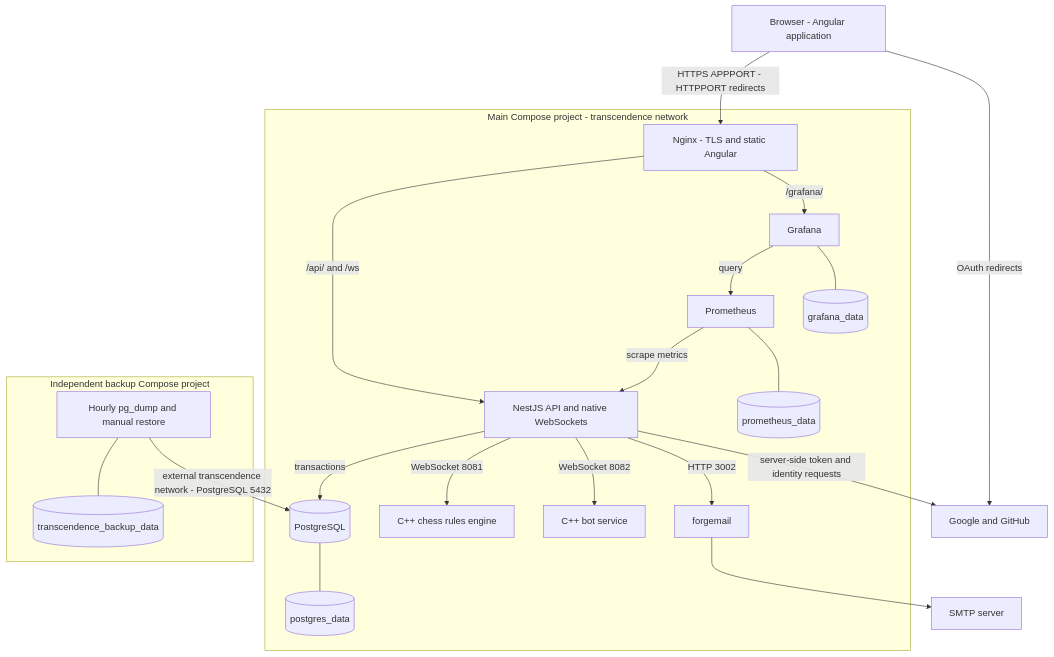
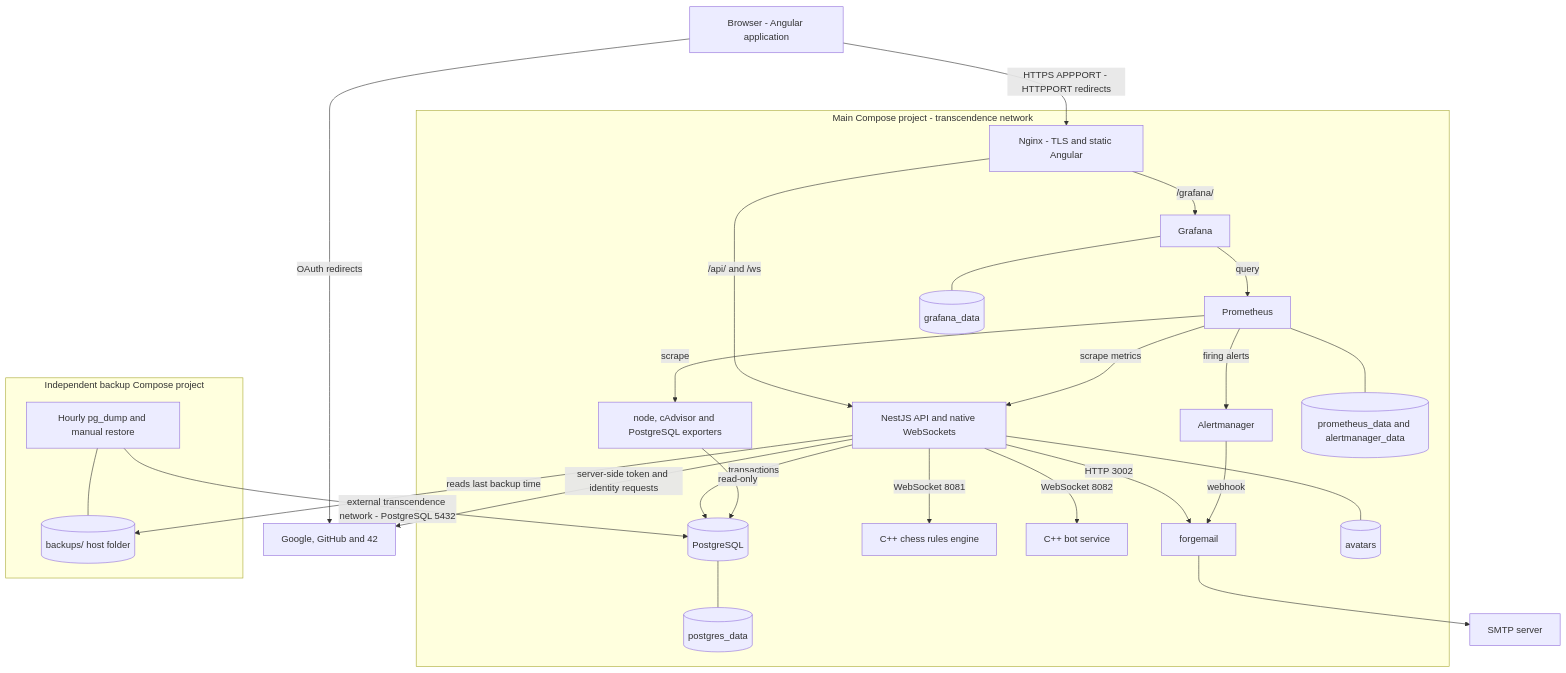
One commit to ErwanLucienMMV/ft_transcendance changed the diagram in docs/architecture-diagram.md. Above: the diagram before and after it, drawn with Mermaid. The commit also changed other lines of this file and 9 other files, not shown here.

First line of the commit message:
Bring the API, setup and architecture docs up to date

````diff
--- a/docs/architecture-diagram.md
+++ b/docs/architecture-diagram.md
@@ -7,40 +7,49 @@
 ```mermaid
 flowchart TB
   browser[Browser - Angular application]
-  providers[Google and GitHub]
+  providers[Google, GitHub and 42]
   smtp[SMTP server]
   subgraph main[Main Compose project - transcendence network]
     nginx[Nginx - TLS and static Angular]
     api[NestJS API and native WebSockets]
     db[(PostgreSQL)]
     rules[C++ chess rules engine]
     bot[C++ bot service]
     mail[forgemail]
     prom[Prometheus]
+    alerts[Alertmanager]
+    exporters[node, cAdvisor and PostgreSQL exporters]
     grafana[Grafana]
     data[(postgres_data)]
-    metrics[(prometheus_data)]
+    pictures[(avatars)]
+    metrics[(prometheus_data and alertmanager_data)]
     dashboards[(grafana_data)]
     nginx -->|/api/ and /ws| api
     nginx -->|/grafana/| grafana
     api -->|transactions| db
     api -->|WebSocket 8081| rules
     api -->|WebSocket 8082| bot
     api -->|HTTP 3002| mail
     prom -->|scrape metrics| api
+    prom -->|scrape| exporters
+    exporters -->|read-only| db
+    prom -->|firing alerts| alerts
+    alerts -->|webhook| mail
     grafana -->|query| prom
     db --- data
+    api --- pictures
     prom --- metrics
     grafana --- dashboards
   end
   subgraph recovery[Independent backup Compose project]
     backup[Hourly pg_dump and manual restore]
-    archives[(transcendence_backup_data)]
+    archives[(backups/ host folder)]
     backup --- archives
   end
   browser -->|HTTPS APPPORT - HTTPPORT redirects| nginx
   browser -->|OAuth redirects| providers
   api -->|server-side token and identity requests| providers
   mail --> smtp
   backup -->|external transcendence network - PostgreSQL 5432| db
+  api -->|reads last backup time| archives
 ```
````
